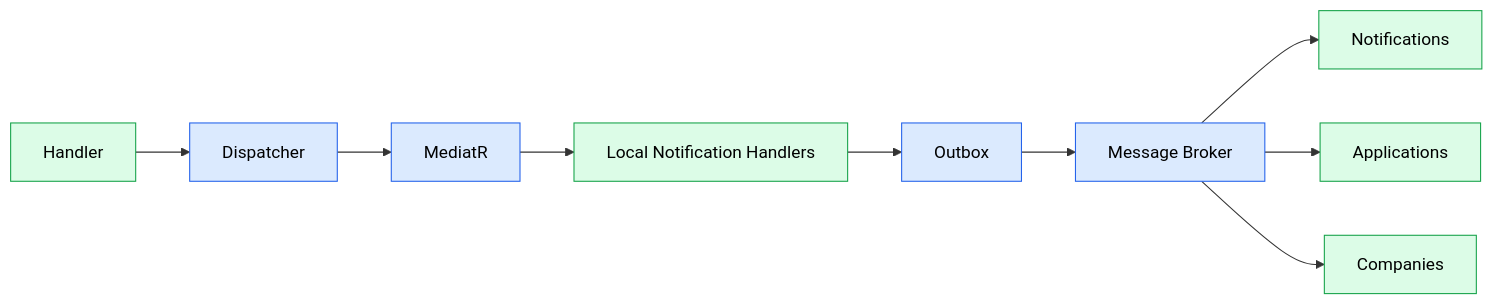
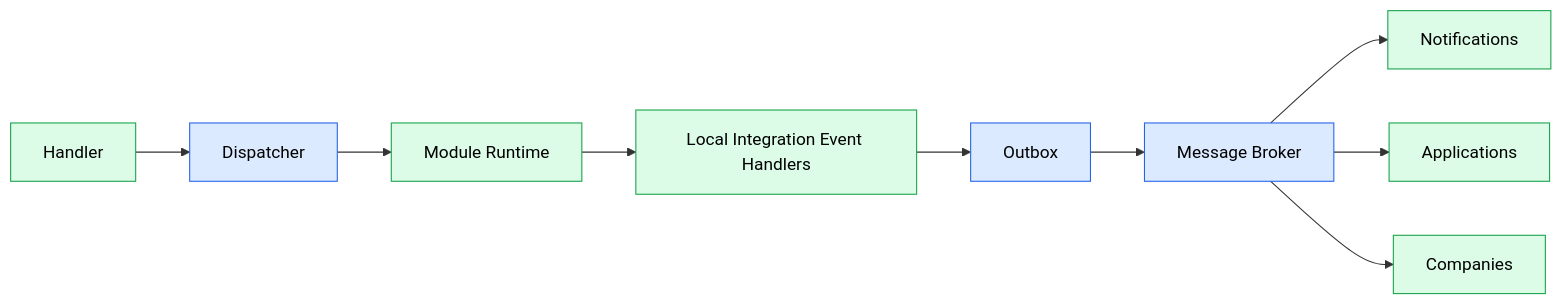
Before and after one commit to soufiane-rizk/Jobwize: the fourth of 5 diagrams in docs/architecture/06-module-communication.md, drawn with Mermaid. The commit also changed other lines of this file and 42 other files, not shown here.

First line of the commit message:
feat(runtime): replace MediatR with custom module runtime

````diff
--- a/docs/architecture/06-module-communication.md
+++ b/docs/architecture/06-module-communication.md
@@ -247,25 +264,25 @@
 ```mermaid
 flowchart LR
 
     Handler --> Dispatcher
 
-    Dispatcher --> MediatR
+    Dispatcher --> Runtime["Module Runtime"]
 
-    MediatR --> LocalHandlers["Local Notification Handlers"]
+    Runtime --> LocalHandlers["Local Integration Event Handlers"]
 
     LocalHandlers --> Outbox
 
     Outbox --> MessageBroker["Message Broker"]
 
     MessageBroker --> Notifications
 
     MessageBroker --> Applications
 
     MessageBroker --> Companies
 
     classDef application fill:#dcfce7,stroke:#16a34a,color:#000;
     classDef infrastructure fill:#dbeafe,stroke:#2563eb,color:#000;
 
-    class Handler,LocalHandlers,Notifications,Applications,Companies application;
-    class Dispatcher,MediatR,Outbox,MessageBroker infrastructure;
+    class Handler,Runtime,LocalHandlers,Notifications,Applications,Companies application;
+    class Dispatcher,Outbox,MessageBroker infrastructure;
 ```
````
